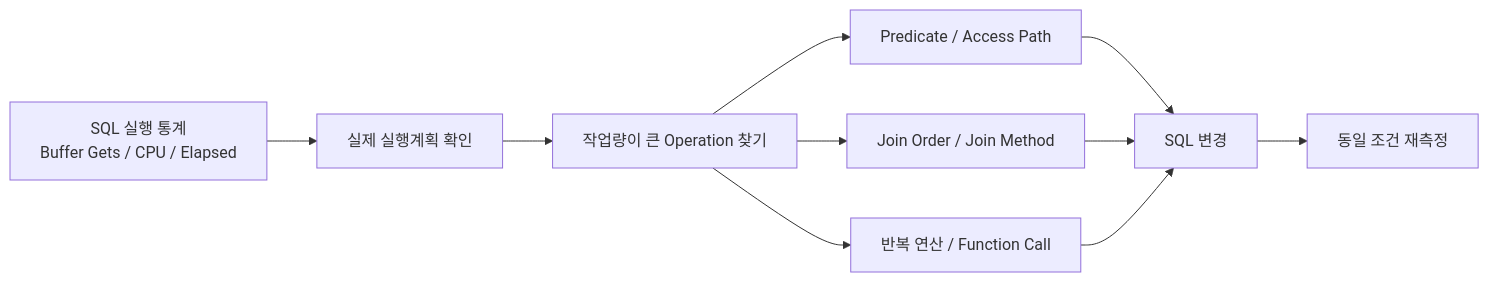
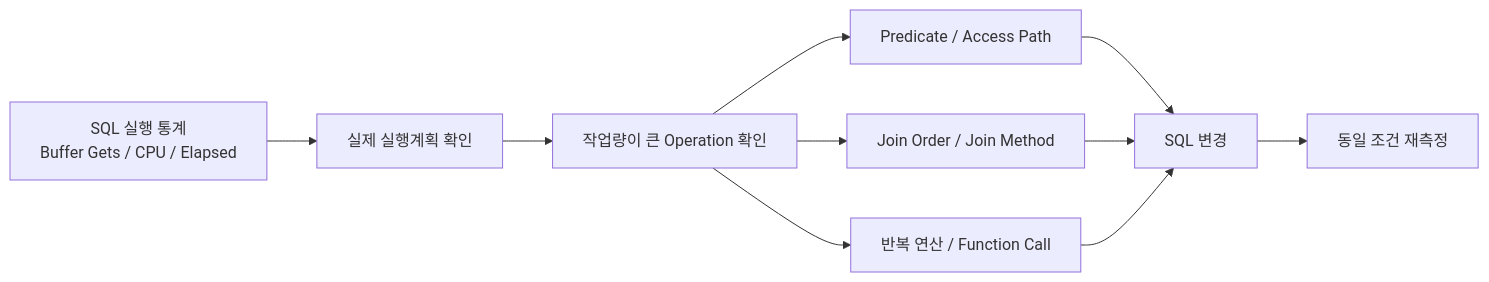
The first of 11 diagrams in _posts/2026-09-23-oracle-sql-tuning-execution-plan.md (jw3418/jw3418.github.io), drawn with Mermaid before and after one commit. The commit also changed other lines of this file, not shown here.

````diff
--- a/_posts/2026-09-23-oracle-sql-tuning-execution-plan.md
+++ b/_posts/2026-09-23-oracle-sql-tuning-execution-plan.md
@@ -118,21 +118,21 @@
 ```mermaid
 flowchart LR
     A["SQL 실행 통계<br/>Buffer Gets / CPU / Elapsed"]
     B["실제 실행계획 확인"]
-    C["작업량이 큰 Operation 찾기"]
+    C["작업량이 큰 Operation 확인"]
     D["Predicate / Access Path"]
     E["Join Order / Join Method"]
     F["반복 연산 / Function Call"]
     G["SQL 변경"]
     H["동일 조건 재측정"]
 
     A --> B
     B --> C
     C --> D
     C --> E
     C --> F
     D --> G
     E --> G
     F --> G
     G --> H
 ```
````
